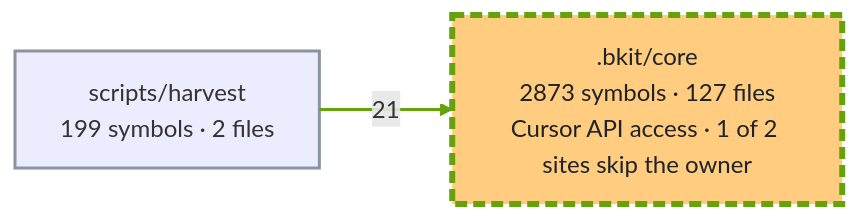
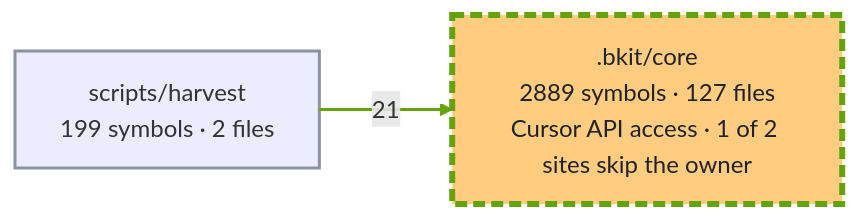
One commit to cbartens/bkit changed the first of 2 diagrams in docs/capabilities.md. Above: the diagram before and after it, drawn with Mermaid. The commit also changed other lines of this file and 6 other files, not shown here.

````diff
--- a/docs/capabilities.md
+++ b/docs/capabilities.md
@@ -150,16 +150,16 @@
 ```mermaid
 ---
 config:
   layout: elk
   flowchart:
     useMaxWidth: false
 ---
 flowchart LR
-  %% Generated by bkit-graphify-rollup.py from 0905040f40c2f1ec907ebefb8aaae211796941a5 — do not edit
-  n_bkit_core[".bkit/core<br/>2873 symbols · 127 files<br/>Cursor API access · 1 of 2 sites skip the owner"]
+  %% Generated by bkit-graphify-rollup.py from abf06a91fd11ef71d4d67521166a76242db30c74 — do not edit
+  n_bkit_core[".bkit/core<br/>2889 symbols · 127 files<br/>Cursor API access · 1 of 2 sites skip the owner"]
   nscripts_harvest["scripts/harvest<br/>199 symbols · 2 files"]
   nscripts_harvest -->|21| n_bkit_core
   style n_bkit_core stroke:#65a30d,stroke-width:4px,stroke-dasharray:8 4,fill:#ffcc80,color:#1f2328
   style nscripts_harvest stroke:#8b949e,stroke-width:2px
   linkStyle 0 stroke:#65a30d,stroke-width:2px
 ```
````
